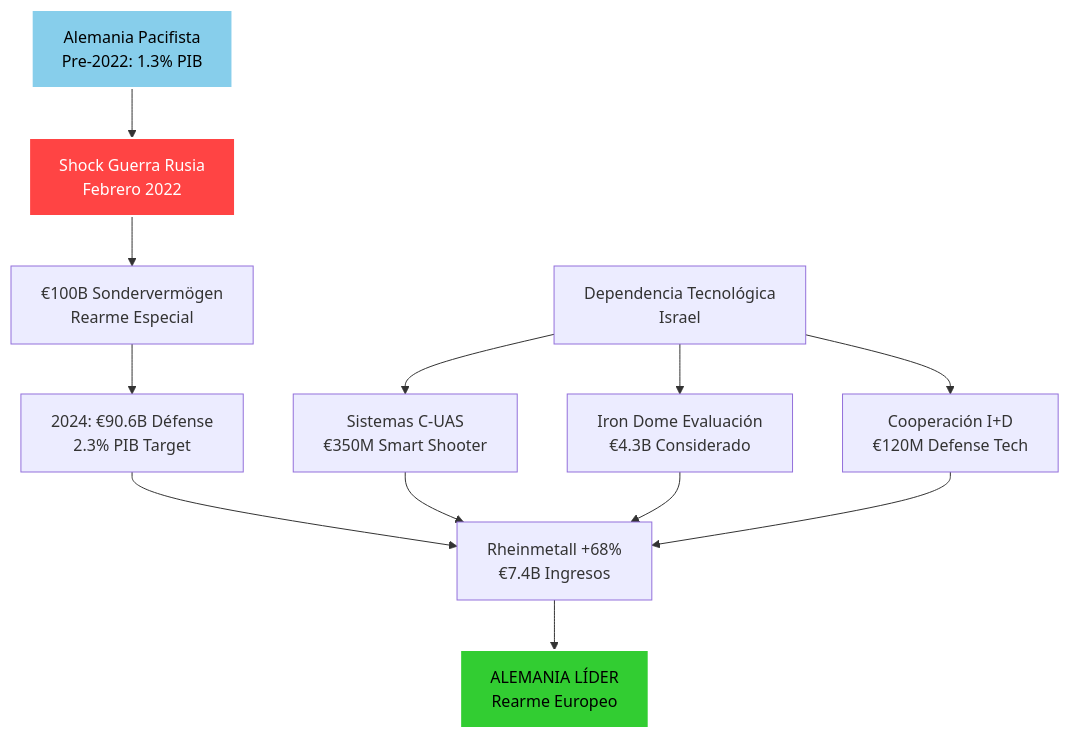
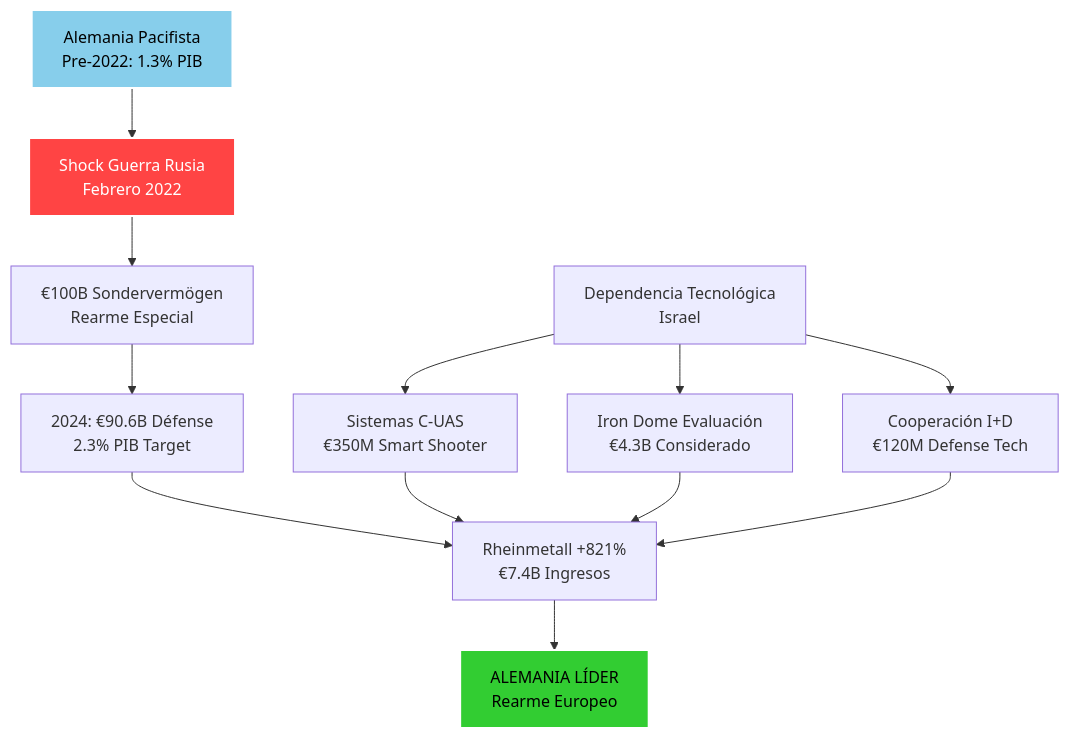
One commit to perpetuocambio/annotations changed diagram 11 of 20 in intel/israel_geopolitical_analysis.md. Above: the diagram before and after it, drawn with Mermaid. The commit also changed other lines of this file, not shown here.

````diff
--- a/intel/israel_geopolitical_analysis.md
+++ b/intel/israel_geopolitical_analysis.md
@@ -568,21 +554,21 @@
 ```mermaid
 flowchart TD
     A[Alemania Pacifista<br/>Pre-2022: 1.3% PIB] --> B[Shock Guerra Rusia<br/>Febrero 2022]
     B --> C[€100B Sondervermögen<br/>Rearme Especial]
     C --> D[2024: €90.6B Défense<br/>2.3% PIB Target]
 
     E[Dependencia Tecnológica<br/>Israel] --> F[Sistemas C-UAS<br/>€350M Smart Shooter]
     E --> G[Iron Dome Evaluación<br/>€4.3B Considerado]
     E --> H[Cooperación I+D<br/>€120M Defense Tech]
 
-    D --> I[Rheinmetall +68%<br/>€7.4B Ingresos]
+    D --> I[Rheinmetall +821%<br/>€7.4B Ingresos]
     F --> I
     G --> I
     H --> I
 
     I --> J[ALEMANIA LÍDER<br/>Rearme Europeo]
 
     style A fill:#87ceeb,stroke:#fff,stroke-width:2px,color:#000
     style B fill:#ff4444,stroke:#fff,stroke-width:2px,color:#fff
     style J fill:#32cd32,stroke:#fff,stroke-width:2px,color:#000
 ```
````
